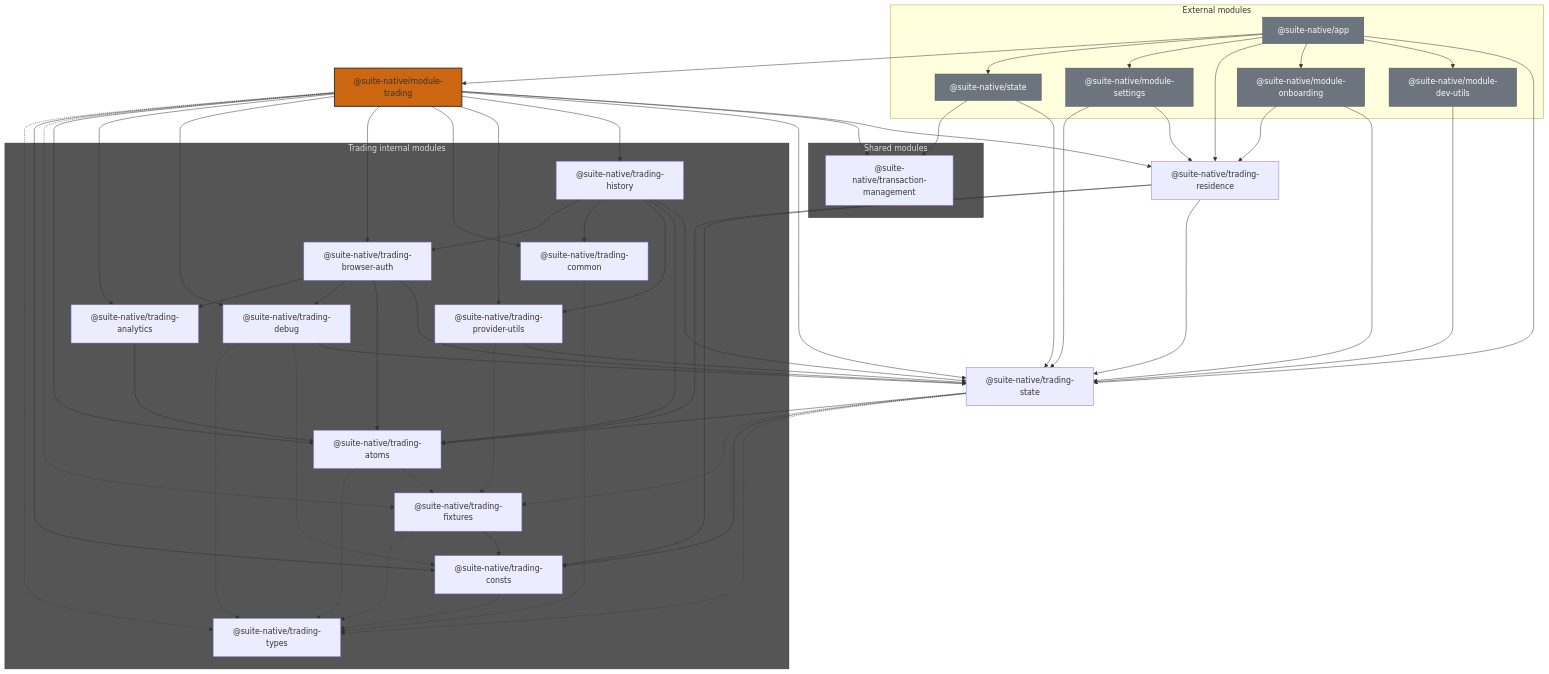
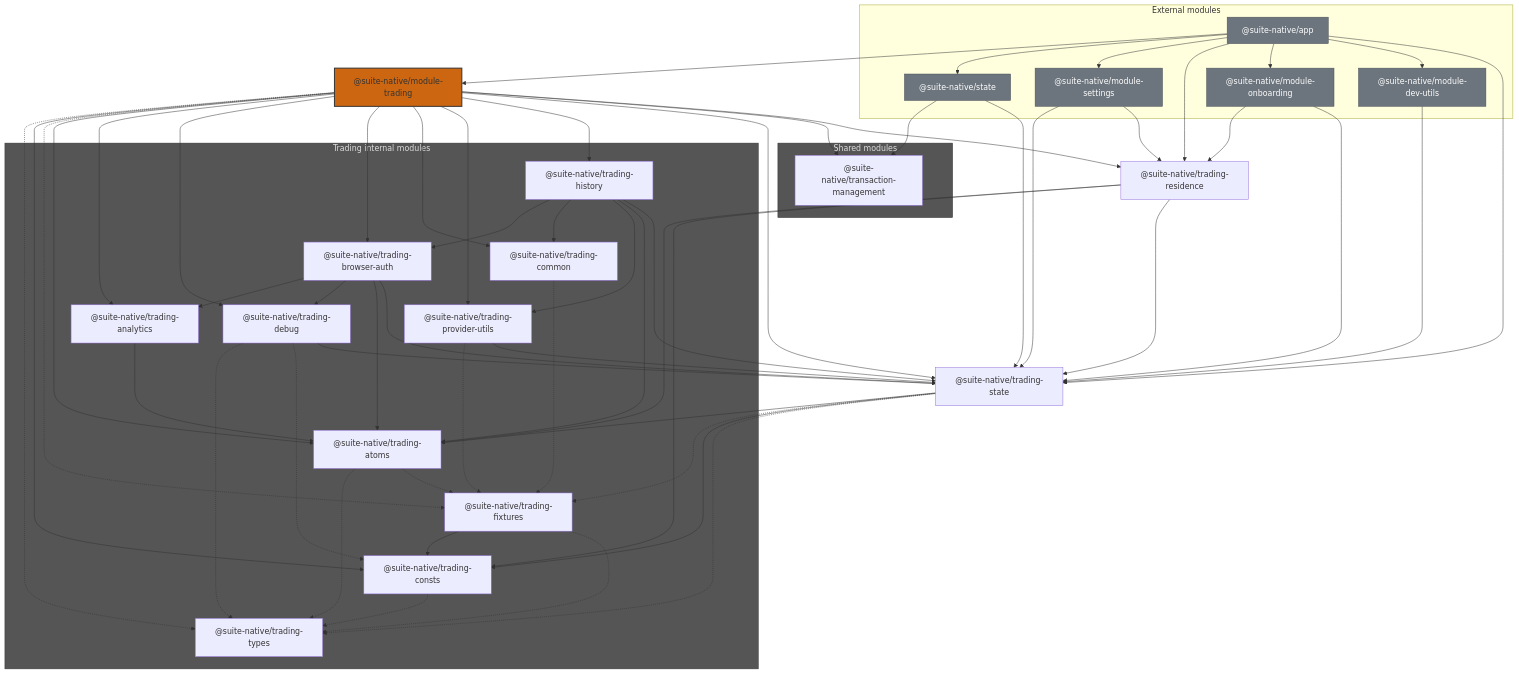
One commit to sneurlax/trezor-suite changed the diagram in suite-native/module-trading/README.md. Above: the diagram before and after it, drawn with Mermaid. The commit also changed 11 other files, not shown here.

```diff
--- a/suite-native/module-trading/README.md
+++ b/suite-native/module-trading/README.md
@@ -113,7 +113,7 @@
     trading-history --> trading-provider-utils
     trading-history --> trading-atoms
     trading-history --> trading-state
-    trading-common -.-> trading-types
+    trading-common -.-> trading-fixtures
     trading-provider-utils -.-> trading-fixtures
     trading-provider-utils --> trading-state
     trading-browser-auth --> trading-analytics
@@ -133,8 +133,8 @@
     trading-debug -.-> trading-consts
     trading-debug --> trading-state
     trading-atoms -.-> trading-fixtures
+    trading-fixtures --> trading-consts
     trading-fixtures -.-> trading-types
-    trading-fixtures --> trading-consts
     trading-consts -.-> trading-types
 
     classDef outer fill: #6c757d, color: #fff, stroke: #495057
```
